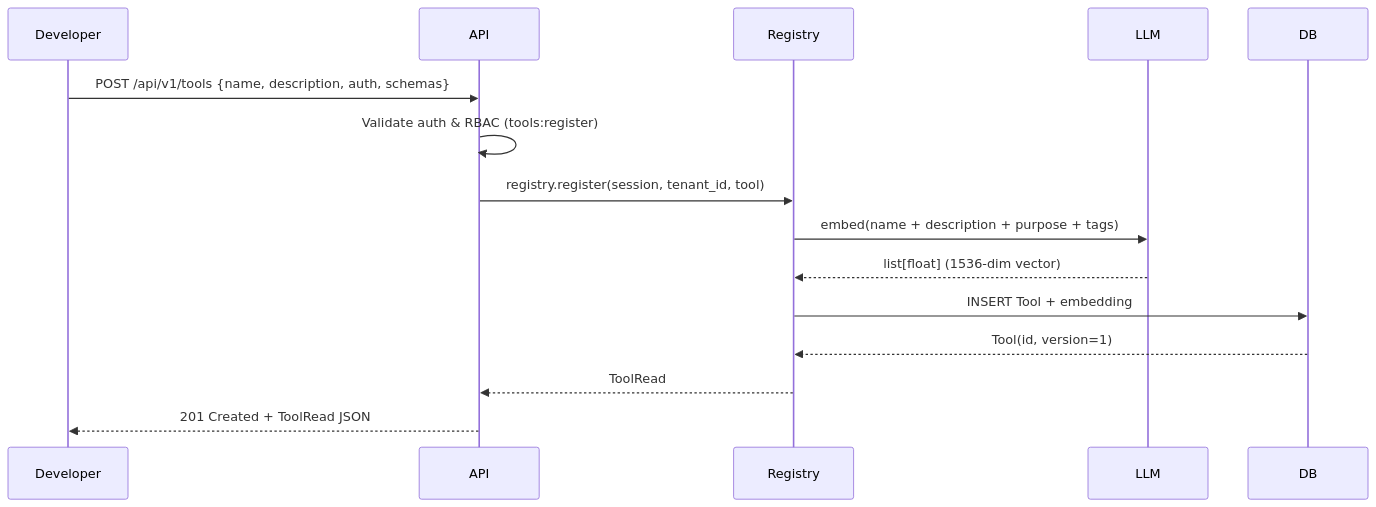
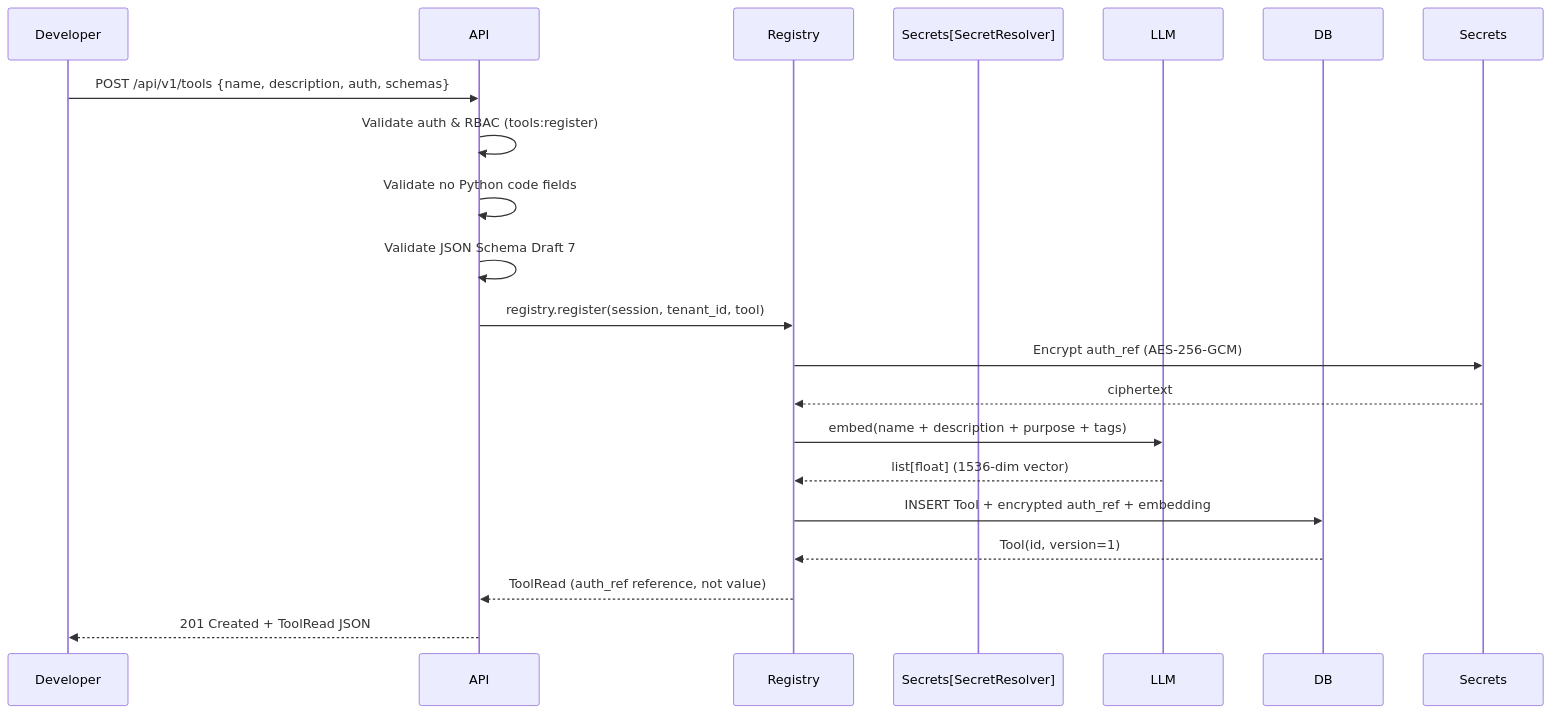
One commit to Muhammad-Husnain07/Nexus-Agent changed the fifth of 8 diagrams in nexus-agent/docs/architecture.md. Above: the diagram before and after it, drawn with Mermaid. The commit also changed other lines of this file and 3 other files, not shown here.

Commit message:
docs: update tool-registration, architecture, add frontend and embed guides

````diff
--- a/nexus-agent/docs/architecture.md
+++ b/nexus-agent/docs/architecture.md
@@ -120,18 +161,23 @@
 ```mermaid
 sequenceDiagram
     participant Developer
     participant API
     participant Registry
+    participant Secrets[SecretResolver]
     participant LLM
     participant DB
 
     Developer->>API: POST /api/v1/tools {name, description, auth, schemas}
     API->>API: Validate auth & RBAC (tools:register)
+    API->>API: Validate no Python code fields
+    API->>API: Validate JSON Schema Draft 7
     API->>Registry: registry.register(session, tenant_id, tool)
+    Registry->>Secrets: Encrypt auth_ref (AES-256-GCM)
+    Secrets-->>Registry: ciphertext
     Registry->>LLM: embed(name + description + purpose + tags)
     LLM-->>Registry: list[float] (1536-dim vector)
-    Registry->>DB: INSERT Tool + embedding
+    Registry->>DB: INSERT Tool + encrypted auth_ref + embedding
     DB-->>Registry: Tool(id, version=1)
-    Registry-->>API: ToolRead
+    Registry-->>API: ToolRead (auth_ref reference, not value)
     API-->>Developer: 201 Created + ToolRead JSON
 ```
````
